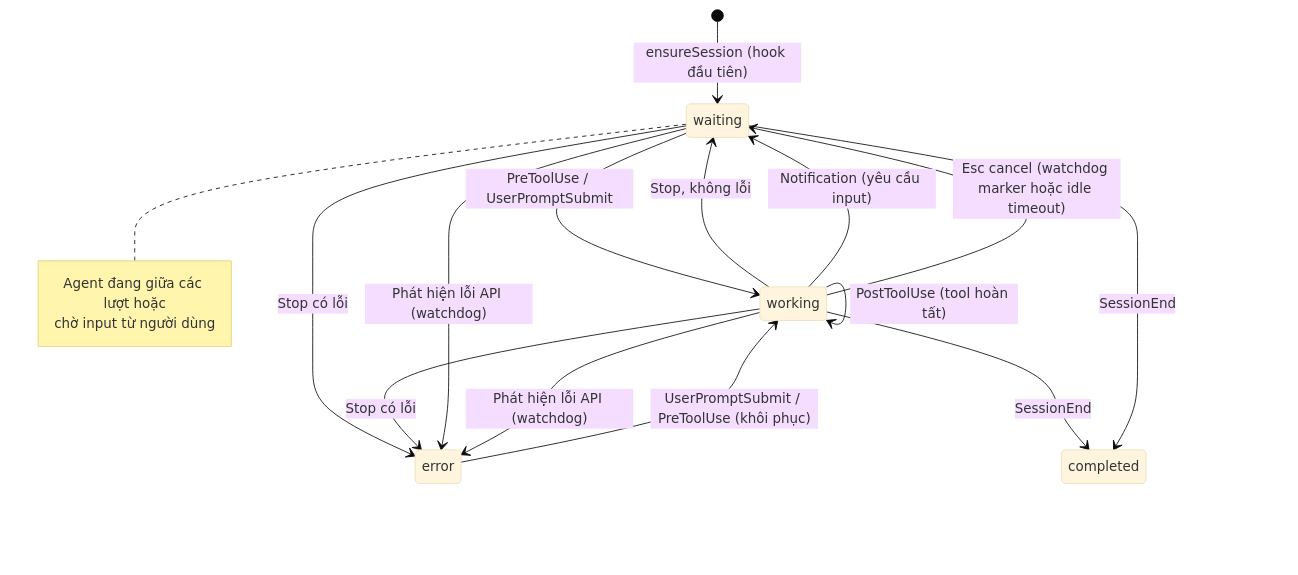
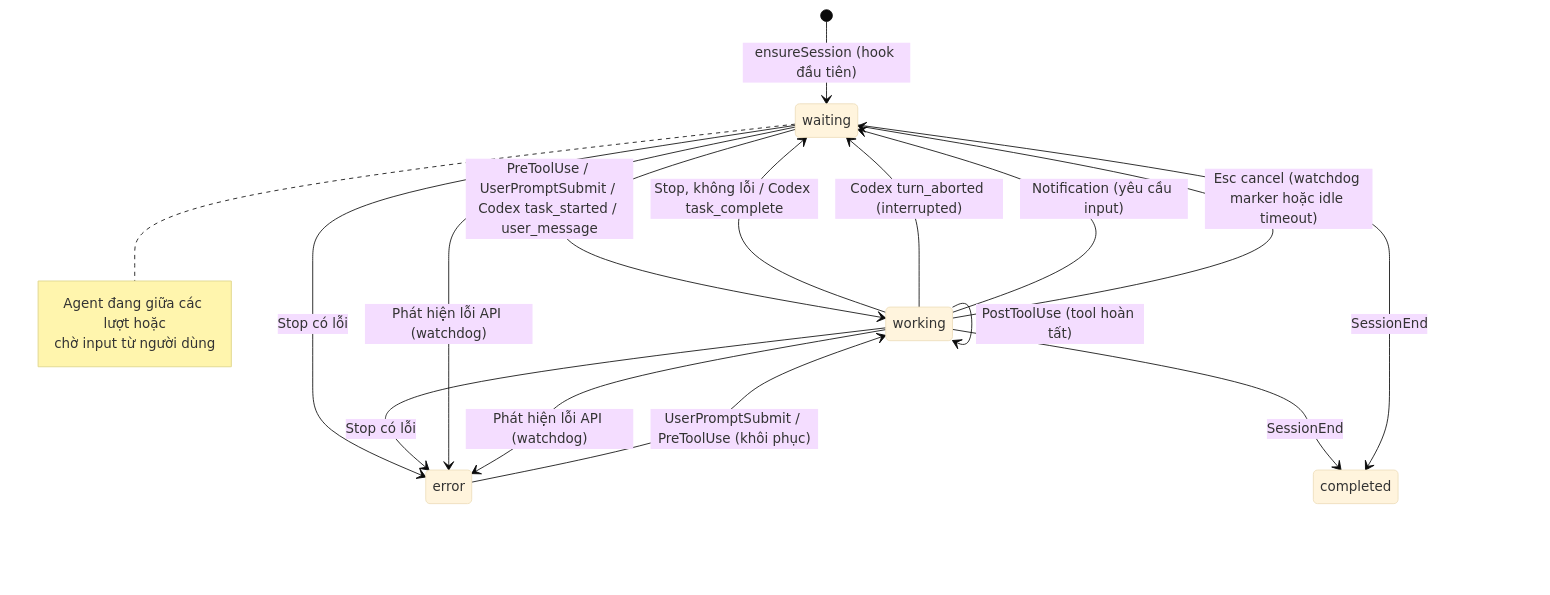
The fourth of 25 diagrams in README-VN.md (CorentinPa/Claude-Code-Agent-Monitor), drawn with Mermaid (base theme) before and after one commit. The commit also changed other lines of this file and 19 other files, not shown here.

````diff
--- a/README-VN.md
+++ b/README-VN.md
@@ -536,21 +538,22 @@
 ```mermaid
 stateDiagram-v2
     [*] --> waiting: ensureSession (hook đầu tiên)
-    waiting --> working: PreToolUse / UserPromptSubmit
+    waiting --> working: PreToolUse / UserPromptSubmit / Codex task_started / user_message
     working --> working: PostToolUse (tool hoàn tất)
-    working --> waiting: Stop, không lỗi
+    working --> waiting: Stop, không lỗi / Codex task_complete
+    working --> waiting: Codex turn_aborted (interrupted)
     working --> waiting: Notification (yêu cầu input)
     working --> waiting: Esc cancel (watchdog marker hoặc idle timeout)
     waiting --> error: Stop có lỗi
     working --> error: Stop có lỗi
     waiting --> error: Phát hiện lỗi API (watchdog)
     working --> error: Phát hiện lỗi API (watchdog)
     error --> working: UserPromptSubmit / PreToolUse (khôi phục)
     working --> completed: SessionEnd
     waiting --> completed: SessionEnd
 
     note right of waiting
         Agent đang giữa các lượt hoặc
         chờ input từ người dùng
     end note
 ```
````
